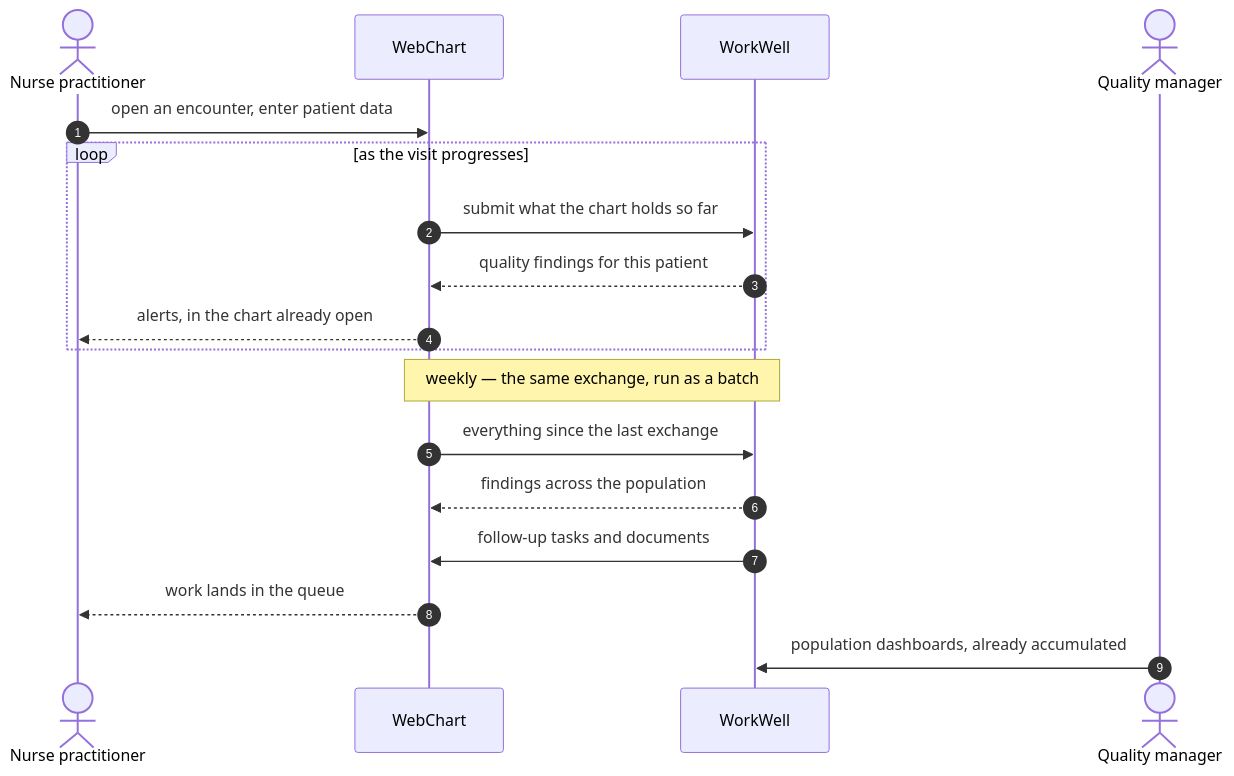
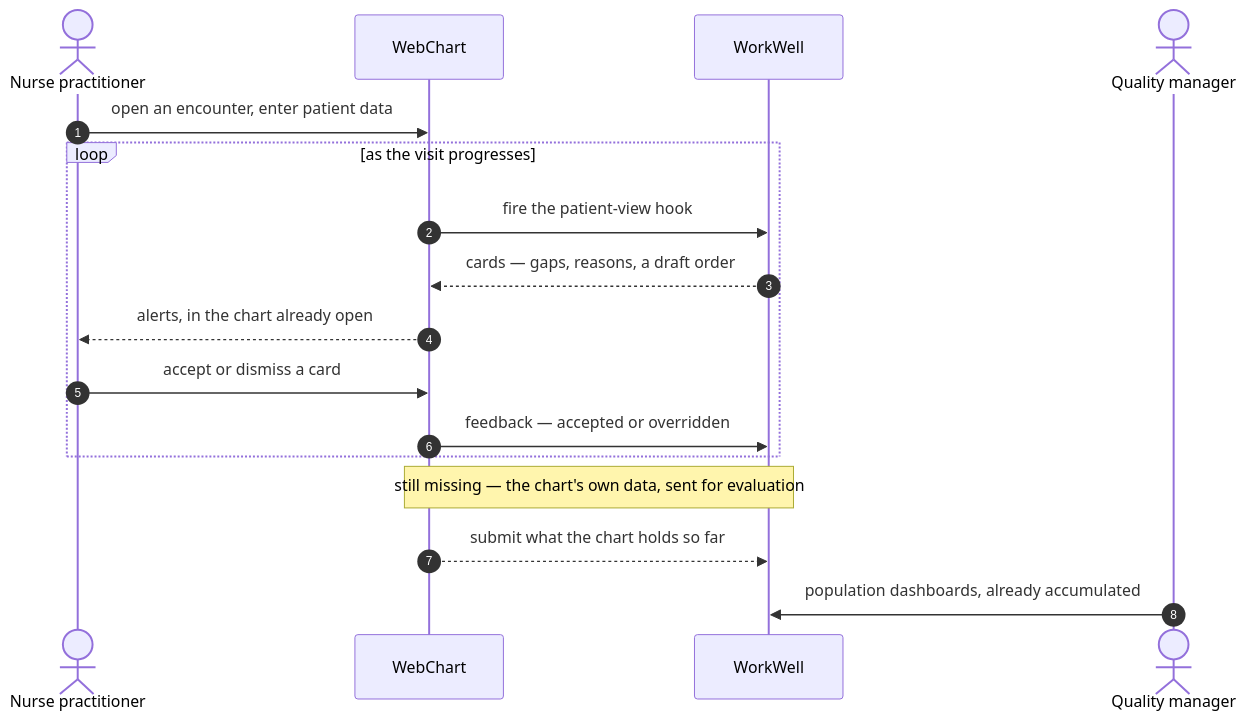
Before and after one commit to Taleef7/workwell: the seventh of 7 diagrams in docs/guide/10-scenarios.md, drawn with Mermaid. The commit also changed other lines of this file and 34 other files, not shown here.

````diff
--- a/docs/guide/10-scenarios.md
+++ b/docs/guide/10-scenarios.md
@@ -418,20 +421,19 @@
 ```mermaid
 sequenceDiagram
   autonumber
   actor NP as Nurse practitioner
   participant WC as WebChart
   participant WW as WorkWell
   actor MGR as Quality manager
   NP->>WC: open an encounter, enter patient data
   loop as the visit progresses
-    WC->>WW: submit what the chart holds so far
-    WW-->>WC: quality findings for this patient
+    WC->>WW: fire the patient-view hook
+    WW-->>WC: cards — gaps, reasons, a draft order
     WC-->>NP: alerts, in the chart already open
+    NP->>WC: accept or dismiss a card
+    WC->>WW: feedback — accepted or overridden
   end
-  Note over WC,WW: weekly — the same exchange, run as a batch
-  WC->>WW: everything since the last exchange
-  WW-->>WC: findings across the population
-  WW->>WC: follow-up tasks and documents
-  WC-->>NP: work lands in the queue
+  Note over WC,WW: still missing — the chart's own data, sent for evaluation
+  WC-->>WW: submit what the chart holds so far
   MGR->>WW: population dashboards, already accumulated
 ```
````
